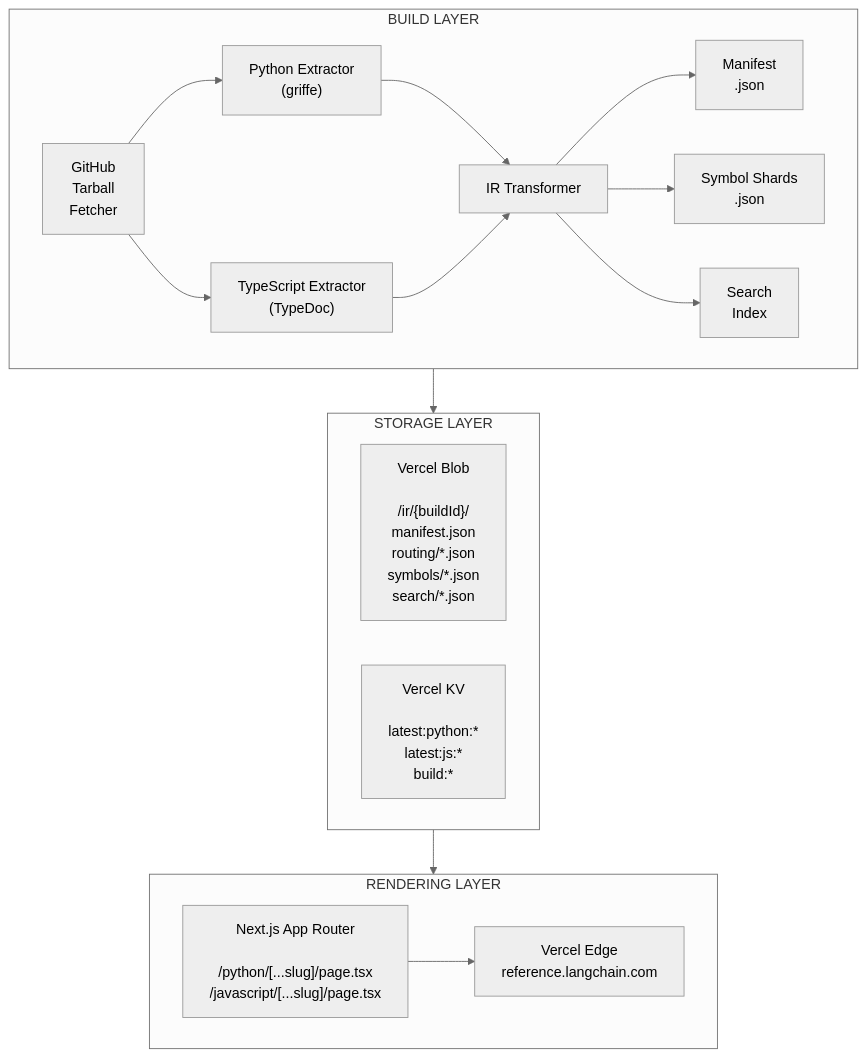
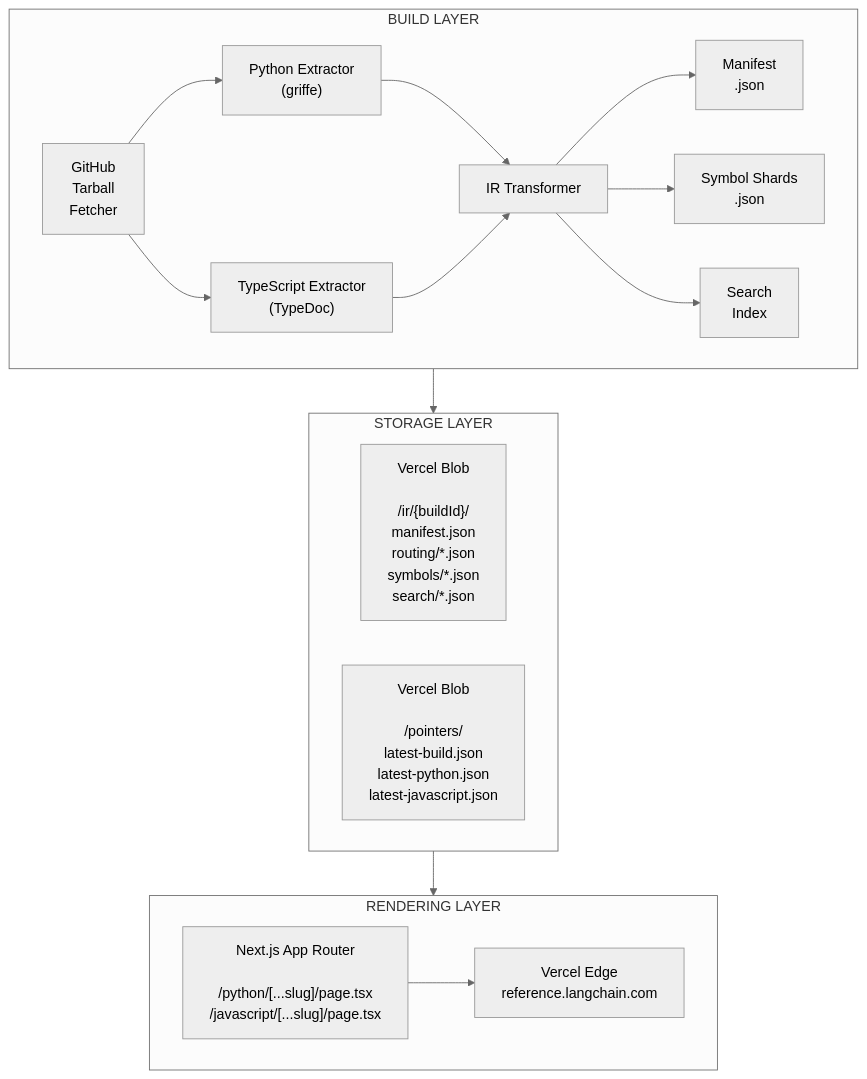
Before and after one commit to christian-bromann/langchain-references: the diagram in README.md, drawn with Mermaid (neutral theme). The commit also changed other lines of this file and 9 other files, not shown here.

````diff
--- a/README.md
+++ b/README.md
@@ -26,35 +26,35 @@
 ```mermaid
 flowchart TB
     subgraph BUILD["BUILD LAYER"]
         GH["GitHub<br/>Tarball<br/>Fetcher"]
         PY["Python Extractor<br/>(griffe)"]
         TS["TypeScript Extractor<br/>(TypeDoc)"]
         IR["IR Transformer"]
         MF["Manifest<br/>.json"]
         SY["Symbol Shards<br/>.json"]
         SE["Search<br/>Index"]
         
         GH --> PY
         GH --> TS
         PY --> IR
         TS --> IR
         IR --> MF
         IR --> SY
         IR --> SE
     end
     
     subgraph STORAGE["STORAGE LAYER"]
         BLOB["Vercel Blob<br/><br/>/ir/{buildId}/<br/>manifest.json<br/>routing/*.json<br/>symbols/*.json<br/>search/*.json"]
-        KV["Vercel KV<br/><br/>latest:python:*<br/>latest:js:*<br/>build:*"]
+        PTRS["Vercel Blob<br/><br/>/pointers/<br/>latest-build.json<br/>latest-python.json<br/>latest-javascript.json"]
     end
     
     subgraph RENDER["RENDERING LAYER"]
         NEXT["Next.js App Router<br/><br/>/python/[...slug]/page.tsx<br/>/javascript/[...slug]/page.tsx"]
         EDGE["Vercel Edge<br/>reference.langchain.com"]
         
         NEXT --> EDGE
     end
     
     BUILD --> STORAGE
     STORAGE --> RENDER
 ```
````
